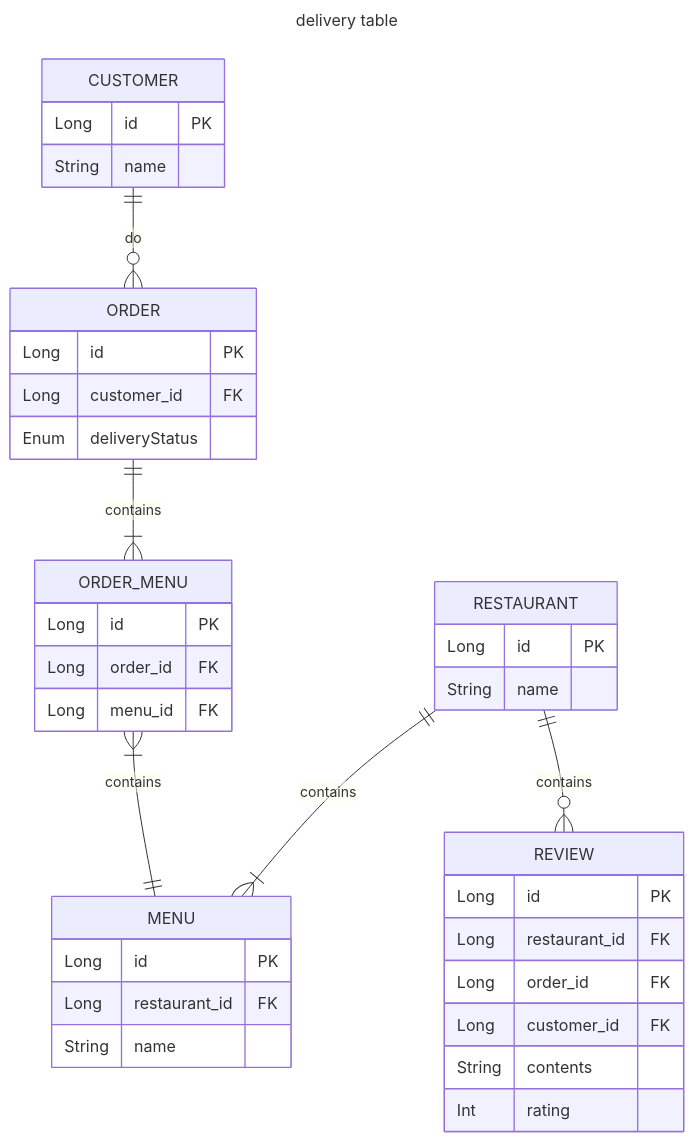
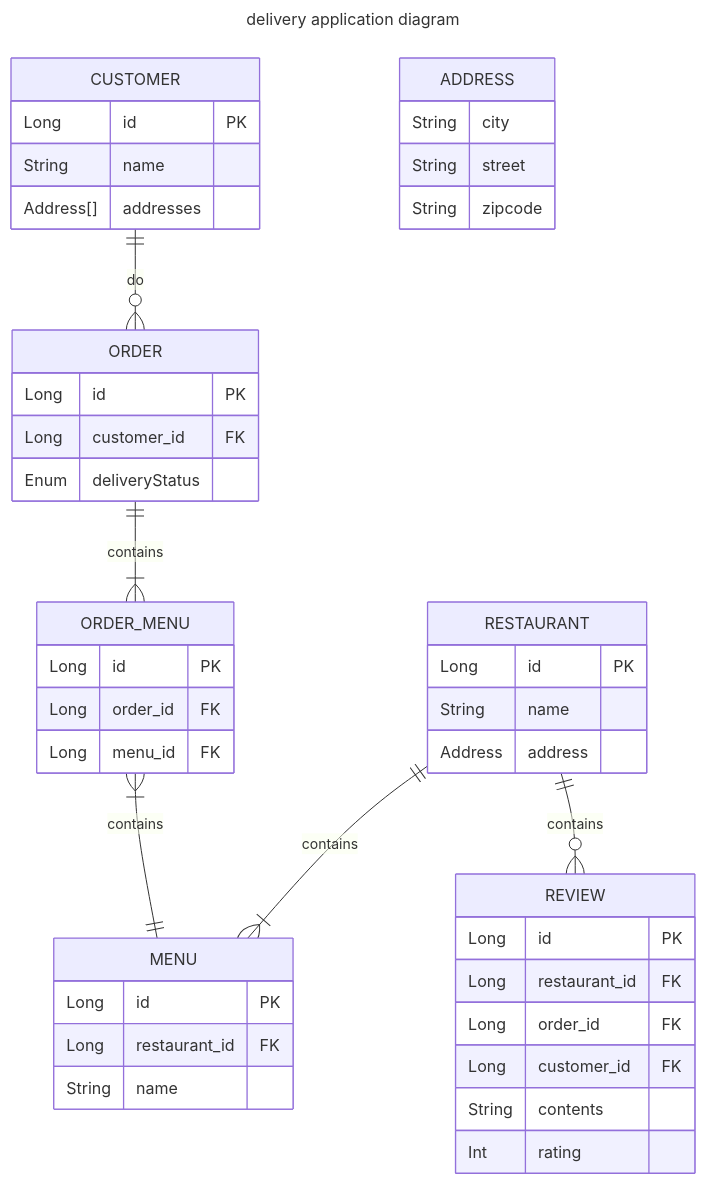
The diagram in inbox/delivery app sample.md (songkg7/haril-vault), drawn with Mermaid before and after one commit. The commit also changed other lines of this file and 15 other files, not shown here.

````diff
--- a/inbox/delivery app sample.md
+++ b/inbox/delivery app sample.md
@@ -29,42 +29,50 @@
 ```mermaid
 ---
-title: delivery table
+title: delivery application diagram
 ---
 erDiagram
     CUSTOMER ||--o{ ORDER : do
     CUSTOMER {
         Long id PK
         String name
+        Address[] addresses
     }
     ORDER ||--|{ ORDER_MENU : contains
     ORDER {
         Long id PK
         Long customer_id FK
         Enum deliveryStatus
     }
     RESTAURANT ||--o{ REVIEW : contains
+    ADDRESS {
+        String city
+        String street
+        String zipcode
+    }
+
     REVIEW {
         Long id PK
         Long restaurant_id FK
         Long order_id FK
         Long customer_id FK
         String contents
         Int rating
     }
     RESTAURANT ||--|{ MENU : contains
     RESTAURANT {
         Long id PK
         String name
+        Address address
     }
     MENU {
         Long id PK
         Long restaurant_id FK
         String name
     }
     ORDER_MENU {
         Long id PK
         Long order_id FK
         Long menu_id FK
     }
     ORDER_MENU }|--|| MENU : contains
 ```
````
